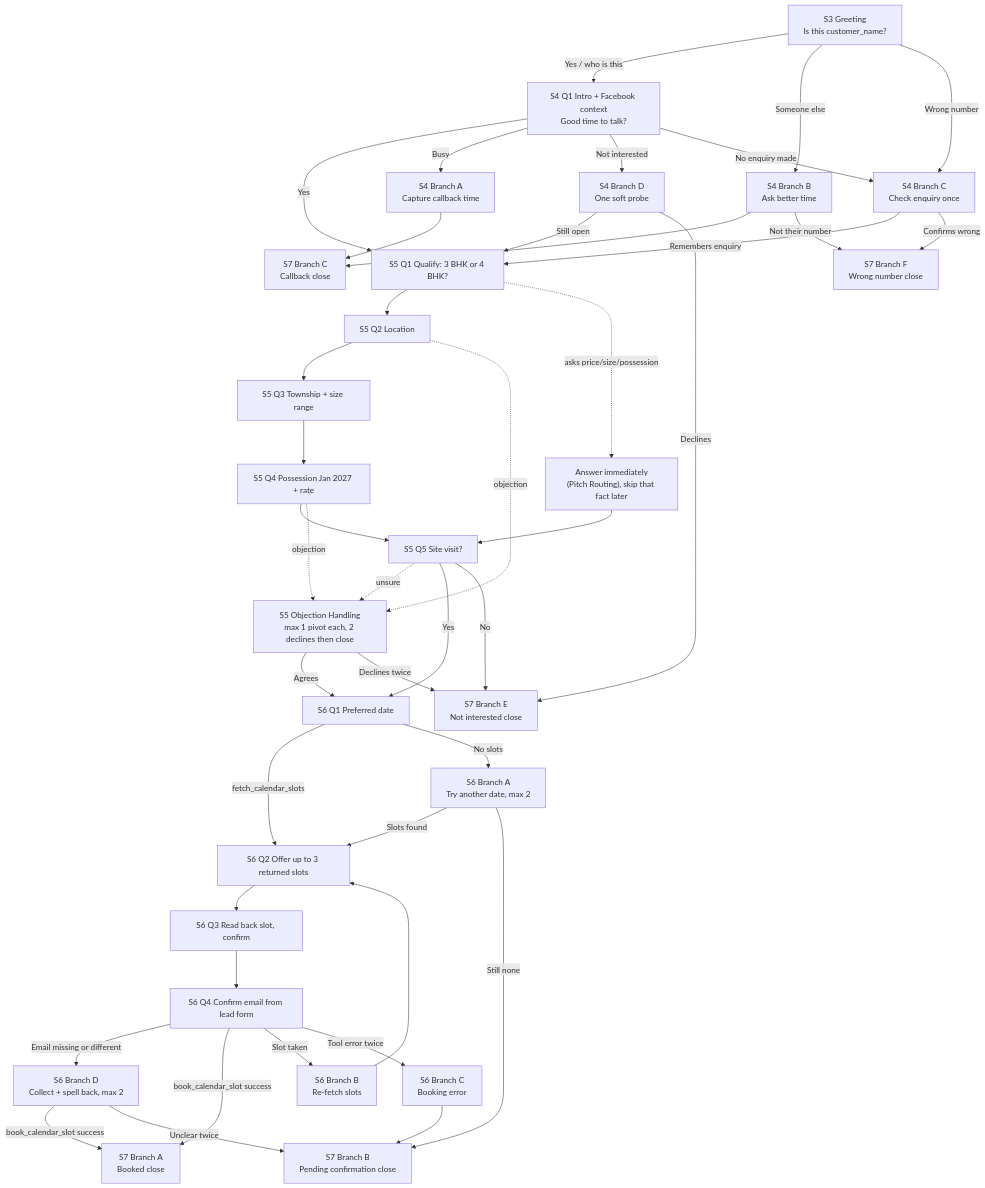
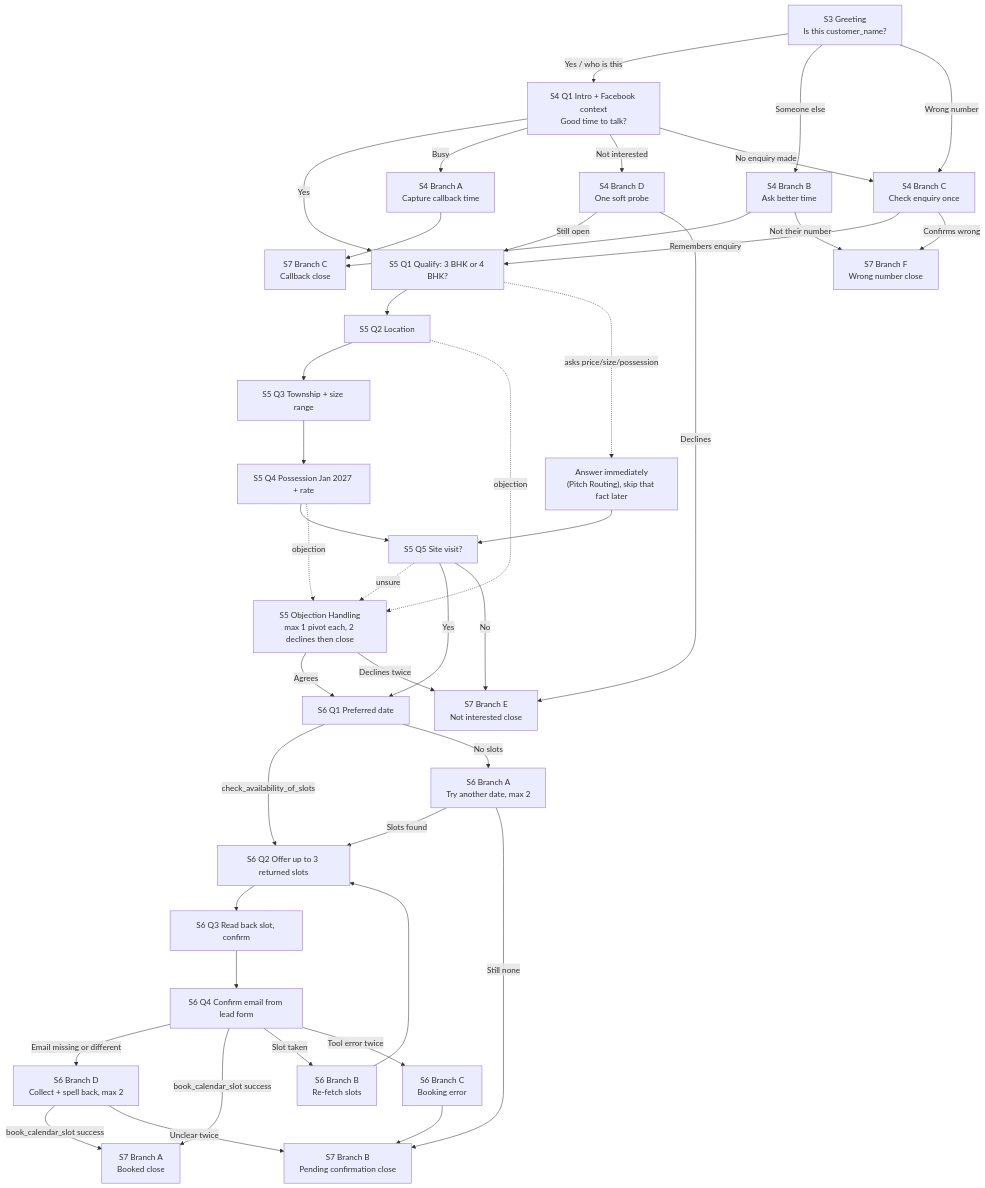
The first of 2 diagrams in prompts/conversation_flow.md (aaritmehta15/mahima-palm-springs-voice-agent), drawn with Mermaid before and after one commit. The commit also changed other lines of this file and 8 other files, not shown here.

Commit message:
Prompt v0.4.1: use Bolna's fixed availability tool name check_availability_of_slots

````diff
--- a/prompts/conversation_flow.md
+++ b/prompts/conversation_flow.md
@@ -7,48 +7,48 @@
 ```mermaid
 flowchart TD
     G["S3 Greeting<br/>Is this customer_name?"] -->|Yes / who is this| I["S4 Q1 Intro + Facebook context<br/>Good time to talk?"]
     G -->|Someone else| RB["S4 Branch B<br/>Ask better time"]
     G -->|Wrong number| RC["S4 Branch C<br/>Check enquiry once"]
 
     I -->|Yes| P1["S5 Q1 Qualify: 3 BHK or 4 BHK?"]
     I -->|Busy| BA["S4 Branch A<br/>Capture callback time"]
     I -->|Not interested| BD["S4 Branch D<br/>One soft probe"]
     I -->|No enquiry made| RC
 
     RB --> C_CB["S7 Branch C<br/>Callback close"]
     RB -->|Not their number| C_WN["S7 Branch F<br/>Wrong number close"]
     RC -->|Remembers enquiry| P1
     RC -->|Confirms wrong| C_WN
     BA --> C_CB
     BD -->|Still open| P1
     BD -->|Declines| C_NI["S7 Branch E<br/>Not interested close"]
 
     P1 --> P2["S5 Q2 Location"]
     P1 -. asks price/size/possession .-> PR["Answer immediately<br/>(Pitch Routing), skip that fact later"]
     PR --> P5
     P2 --> P3["S5 Q3 Township + size range"]
     P3 --> P4["S5 Q4 Possession Jan 2027 + rate"]
     P4 --> P5["S5 Q5 Site visit?"]
     P2 -. objection .-> OBJ["S5 Objection Handling<br/>max 1 pivot each, 2 declines then close"]
     P4 -. objection .-> OBJ
     P5 -. unsure .-> OBJ
     OBJ -->|Agrees| V1
     OBJ -->|Declines twice| C_NI
     P5 -->|Yes| V1["S6 Q1 Preferred date"]
     P5 -->|No| C_NI
 
-    V1 -->|fetch_calendar_slots| V2["S6 Q2 Offer up to 3 returned slots"]
+    V1 -->|check_availability_of_slots| V2["S6 Q2 Offer up to 3 returned slots"]
     V1 -->|No slots| VA["S6 Branch A<br/>Try another date, max 2"]
     VA -->|Slots found| V2
     VA -->|Still none| C_PEND["S7 Branch B<br/>Pending confirmation close"]
     V2 --> V3["S6 Q3 Read back slot, confirm"]
     V3 --> V4["S6 Q4 Confirm email from lead form"]
     V4 -->|Email missing or different| VD["S6 Branch D<br/>Collect + spell back, max 2"]
     V4 -->|book_calendar_slot success| C_BOOK["S7 Branch A<br/>Booked close"]
     VD -->|book_calendar_slot success| C_BOOK
     VD -->|Unclear twice| C_PEND
     V4 -->|Slot taken| VB["S6 Branch B<br/>Re-fetch slots"]
     VB --> V2
     V4 -->|Tool error twice| VC["S6 Branch C<br/>Booking error"]
     VC --> C_PEND
 ```
````
